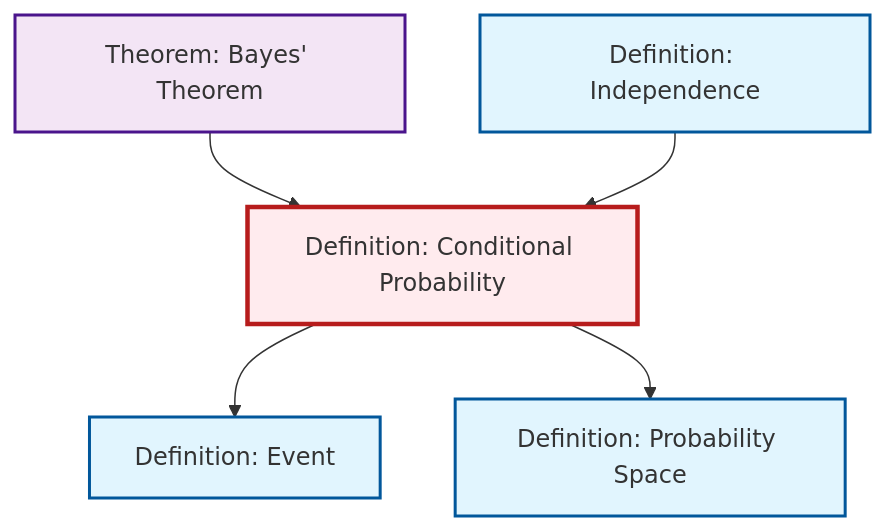
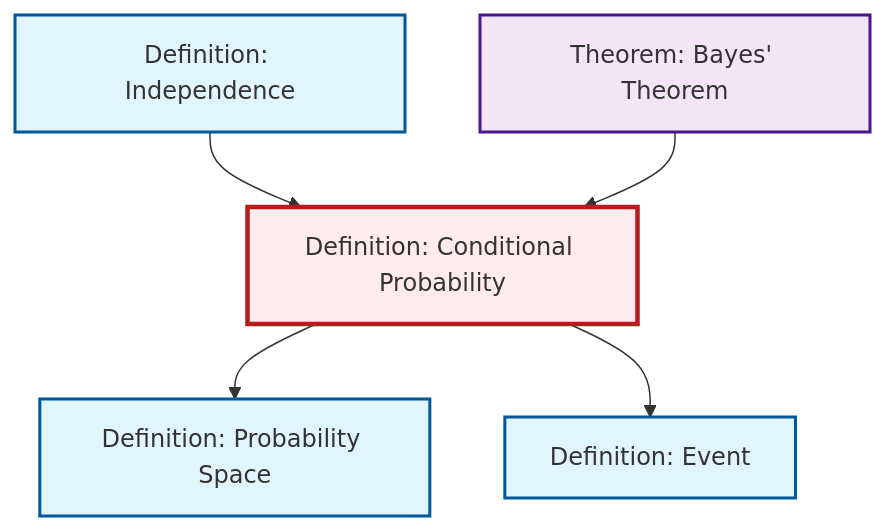
The diagram in content/en/probability-statistics/def-conditional-probability.qmd (RK0429/ModernMath), drawn with Mermaid before and after one commit. The commit also changed other lines of this file and 1012 other files, not shown here.

````diff
--- a/content/en/probability-statistics/def-conditional-probability.qmd
+++ b/content/en/probability-statistics/def-conditional-probability.qmd
@@ -69,23 +69,23 @@
 ```{mermaid}
 %%| fig-cap: "Local dependency graph"
 graph TD
     classDef definition fill:#e1f5fe,stroke:#01579b,stroke-width:2px
     classDef theorem fill:#f3e5f5,stroke:#4a148c,stroke-width:2px
     classDef axiom fill:#fff3e0,stroke:#e65100,stroke-width:2px
     classDef example fill:#e8f5e9,stroke:#1b5e20,stroke-width:2px
     classDef current fill:#ffebee,stroke:#b71c1c,stroke-width:3px
     def-conditional-probability["Definition: Conditional Probability"]:::definition
+    thm-bayes["Theorem: Bayes' Theorem"]:::theorem
     def-event["Definition: Event"]:::definition
-    thm-bayes["Theorem: Bayes' Theorem"]:::theorem
+    def-independence["Definition: Independence"]:::definition
     def-probability-space["Definition: Probability Space"]:::definition
-    def-independence["Definition: Independence"]:::definition
-    def-conditional-probability --> def-event
+    def-independence --> def-conditional-probability
     thm-bayes --> def-conditional-probability
     def-conditional-probability --> def-probability-space
-    def-independence --> def-conditional-probability
+    def-conditional-probability --> def-event
     class def-conditional-probability current
+    click thm-bayes "thm-bayes.html" "Go to Bayes' Theorem theorem"
     click def-event "def-event.html" "Go to Event definition"
-    click thm-bayes "thm-bayes.html" "Go to Bayes' Theorem theorem"
+    click def-independence "def-independence.html" "Go to Independence definition"
     click def-probability-space "def-probability-space.html" "Go to Probability Space definition"
-    click def-independence "def-independence.html" "Go to Independence definition"
 ```
````
